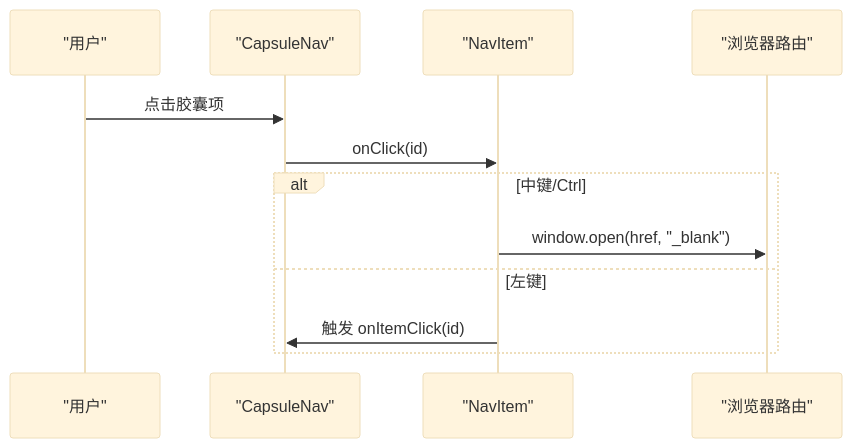
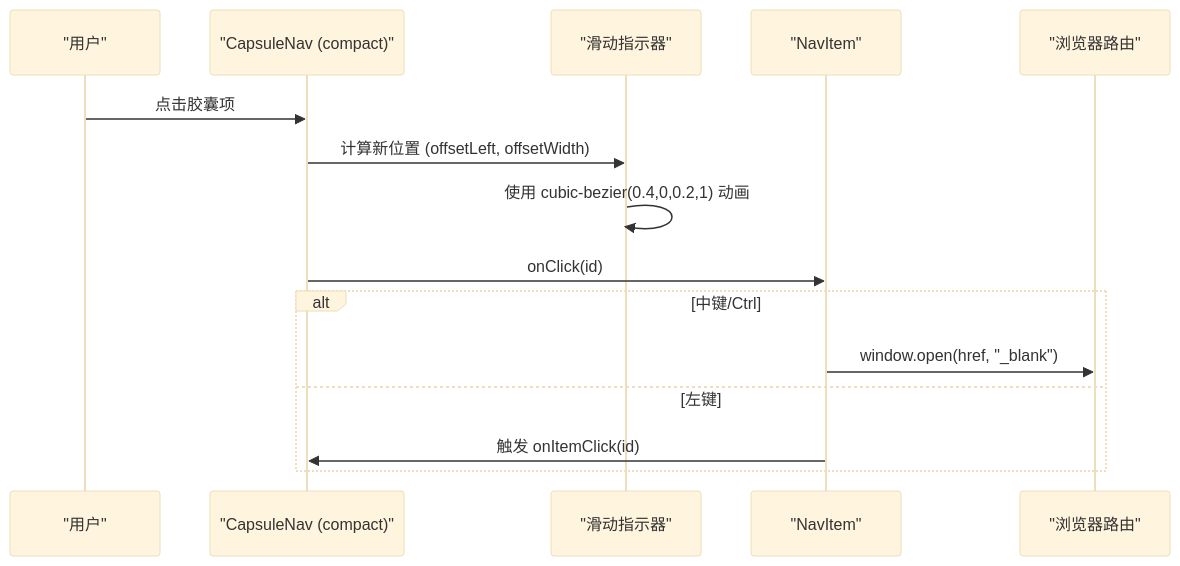
Before and after one commit to lyl2021/waoowaoo: the fourth of 8 diagrams in .qoder/repowiki/zh/content/前端组件架构/工作区组件/阶段导航系统.md, drawn with Mermaid (base theme). The commit also changed other lines of this file and 15 other files, not shown here.

````diff
--- a/.qoder/repowiki/zh/content/前端组件架构/工作区组件/阶段导航系统.md
+++ b/.qoder/repowiki/zh/content/前端组件架构/工作区组件/阶段导航系统.md
@@ -207,14 +223,17 @@
 ```mermaid
 sequenceDiagram
 participant U as "用户"
-participant CN as "CapsuleNav"
+participant CN as "CapsuleNav (compact)"
+participant IND as "滑动指示器"
 participant NAV as "NavItem"
 participant Router as "浏览器路由"
 U->>CN : 点击胶囊项
+CN->>IND : 计算新位置 (offsetLeft, offsetWidth)
+IND->>IND : 使用 cubic-bezier(0.4,0,0.2,1) 动画
 CN->>NAV : onClick(id)
 alt 中键/Ctrl
 NAV->>Router : window.open(href, "_blank")
 else 左键
 NAV->>CN : 触发 onItemClick(id)
 end
 ```
````
